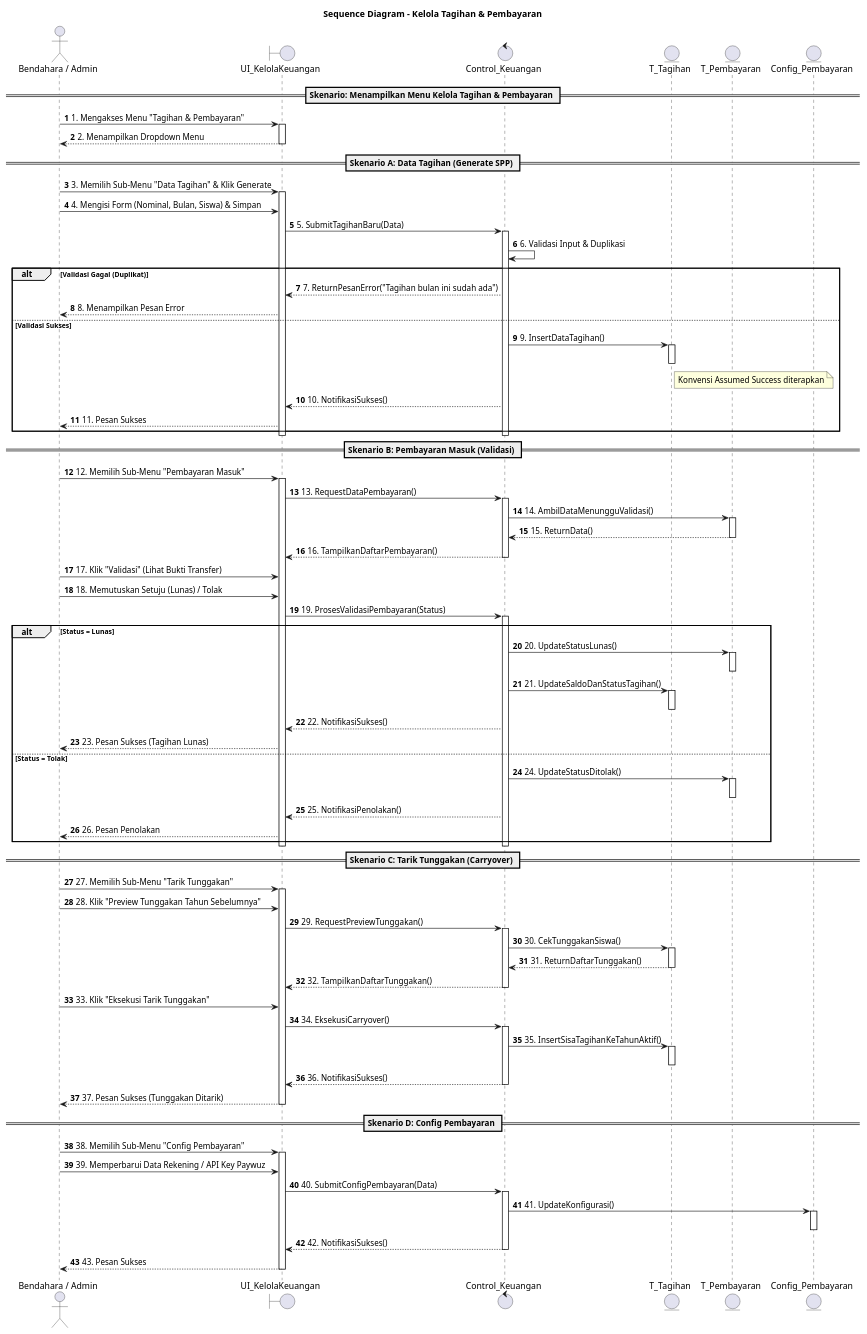
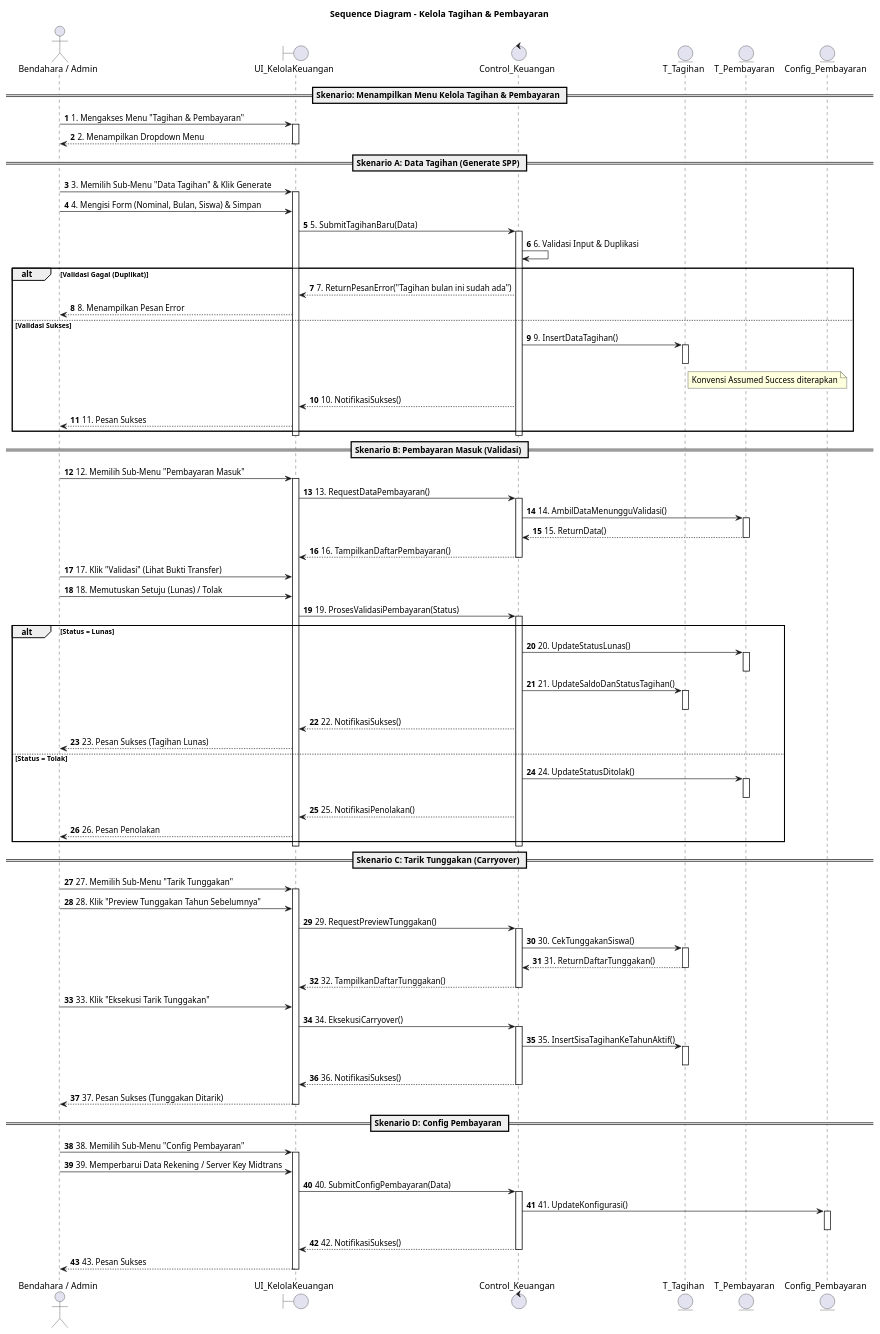
One commit to shendelzare7sw/sipaduhok changed the diagram in docs/flow/Seq/sequence-kelola-tagihan-pembayaran.puml. Above: the diagram before and after it, drawn with PlantUML. The commit also changed 46 other files, not shown here.

First line of the commit message:
feat(payment): replace Paywuz with Midtrans Snap gateway

```diff
--- a/docs/flow/Seq/sequence-kelola-tagihan-pembayaran.puml
+++ b/docs/flow/Seq/sequence-kelola-tagihan-pembayaran.puml
@@ -1,116 +1,116 @@
 @startuml
 title Sequence Diagram - Kelola Tagihan & Pembayaran
 autonumber
 
 actor "Bendahara / Admin" as Pengguna
 boundary "UI_KelolaKeuangan" as UI
 control "Control_Keuangan" as Control
 entity "T_Tagihan" as E_Tagihan
 entity "T_Pembayaran" as E_Pembayaran
 entity "Config_Pembayaran" as E_Config
 
 == Skenario: Menampilkan Menu Kelola Tagihan & Pembayaran ==
 Pengguna -> UI : 1. Mengakses Menu "Tagihan & Pembayaran"
 activate UI
 UI --> Pengguna : 2. Menampilkan Dropdown Menu
 deactivate UI
 
 == Skenario A: Data Tagihan (Generate SPP) ==
 Pengguna -> UI : 3. Memilih Sub-Menu "Data Tagihan" & Klik Generate
 activate UI
 Pengguna -> UI : 4. Mengisi Form (Nominal, Bulan, Siswa) & Simpan
 UI -> Control : 5. SubmitTagihanBaru(Data)
 activate Control
 
 Control -> Control : 6. Validasi Input & Duplikasi
 alt Validasi Gagal (Duplikat)
     Control --> UI : 7. ReturnPesanError("Tagihan bulan ini sudah ada")
     UI --> Pengguna : 8. Menampilkan Pesan Error
 else Validasi Sukses
     Control -> E_Tagihan : 9. InsertDataTagihan()
     activate E_Tagihan
     deactivate E_Tagihan
     note right of E_Tagihan : Konvensi Assumed Success diterapkan
     Control --> UI : 10. NotifikasiSukses()
     UI --> Pengguna : 11. Pesan Sukses
 end
 deactivate Control
 deactivate UI
 
 == Skenario B: Pembayaran Masuk (Validasi) ==
 Pengguna -> UI : 12. Memilih Sub-Menu "Pembayaran Masuk"
 activate UI
 UI -> Control : 13. RequestDataPembayaran()
 activate Control
 Control -> E_Pembayaran : 14. AmbilDataMenungguValidasi()
 activate E_Pembayaran
 E_Pembayaran --> Control : 15. ReturnData()
 deactivate E_Pembayaran
 Control --> UI : 16. TampilkanDaftarPembayaran()
 deactivate Control
 
 Pengguna -> UI : 17. Klik "Validasi" (Lihat Bukti Transfer)
 Pengguna -> UI : 18. Memutuskan Setuju (Lunas) / Tolak
 UI -> Control : 19. ProsesValidasiPembayaran(Status)
 activate Control
 
 alt Status = Lunas
     Control -> E_Pembayaran : 20. UpdateStatusLunas()
     activate E_Pembayaran
     deactivate E_Pembayaran
 
     Control -> E_Tagihan : 21. UpdateSaldoDanStatusTagihan()
     activate E_Tagihan
     deactivate E_Tagihan
 
     Control --> UI : 22. NotifikasiSukses()
     UI --> Pengguna : 23. Pesan Sukses (Tagihan Lunas)
 else Status = Tolak
     Control -> E_Pembayaran : 24. UpdateStatusDitolak()
     activate E_Pembayaran
     deactivate E_Pembayaran
     Control --> UI : 25. NotifikasiPenolakan()
     UI --> Pengguna : 26. Pesan Penolakan
 end
 deactivate Control
 deactivate UI
 
 == Skenario C: Tarik Tunggakan (Carryover) ==
 Pengguna -> UI : 27. Memilih Sub-Menu "Tarik Tunggakan"
 activate UI
 Pengguna -> UI : 28. Klik "Preview Tunggakan Tahun Sebelumnya"
 UI -> Control : 29. RequestPreviewTunggakan()
 activate Control
 Control -> E_Tagihan : 30. CekTunggakanSiswa()
 activate E_Tagihan
 E_Tagihan --> Control : 31. ReturnDaftarTunggakan()
 deactivate E_Tagihan
 Control --> UI : 32. TampilkanDaftarTunggakan()
 deactivate Control
 
 Pengguna -> UI : 33. Klik "Eksekusi Tarik Tunggakan"
 UI -> Control : 34. EksekusiCarryover()
 activate Control
 Control -> E_Tagihan : 35. InsertSisaTagihanKeTahunAktif()
 activate E_Tagihan
 deactivate E_Tagihan
 Control --> UI : 36. NotifikasiSukses()
 deactivate Control
 UI --> Pengguna : 37. Pesan Sukses (Tunggakan Ditarik)
 deactivate UI
 
 == Skenario D: Config Pembayaran ==
 Pengguna -> UI : 38. Memilih Sub-Menu "Config Pembayaran"
 activate UI
-Pengguna -> UI : 39. Memperbarui Data Rekening / API Key Paywuz
+Pengguna -> UI : 39. Memperbarui Data Rekening / Server Key Midtrans
 UI -> Control : 40. SubmitConfigPembayaran(Data)
 activate Control
 Control -> E_Config : 41. UpdateKonfigurasi()
 activate E_Config
 deactivate E_Config
 Control --> UI : 42. NotifikasiSukses()
 deactivate Control
 UI --> Pengguna : 43. Pesan Sukses
 deactivate UI
 
 @enduml
```
